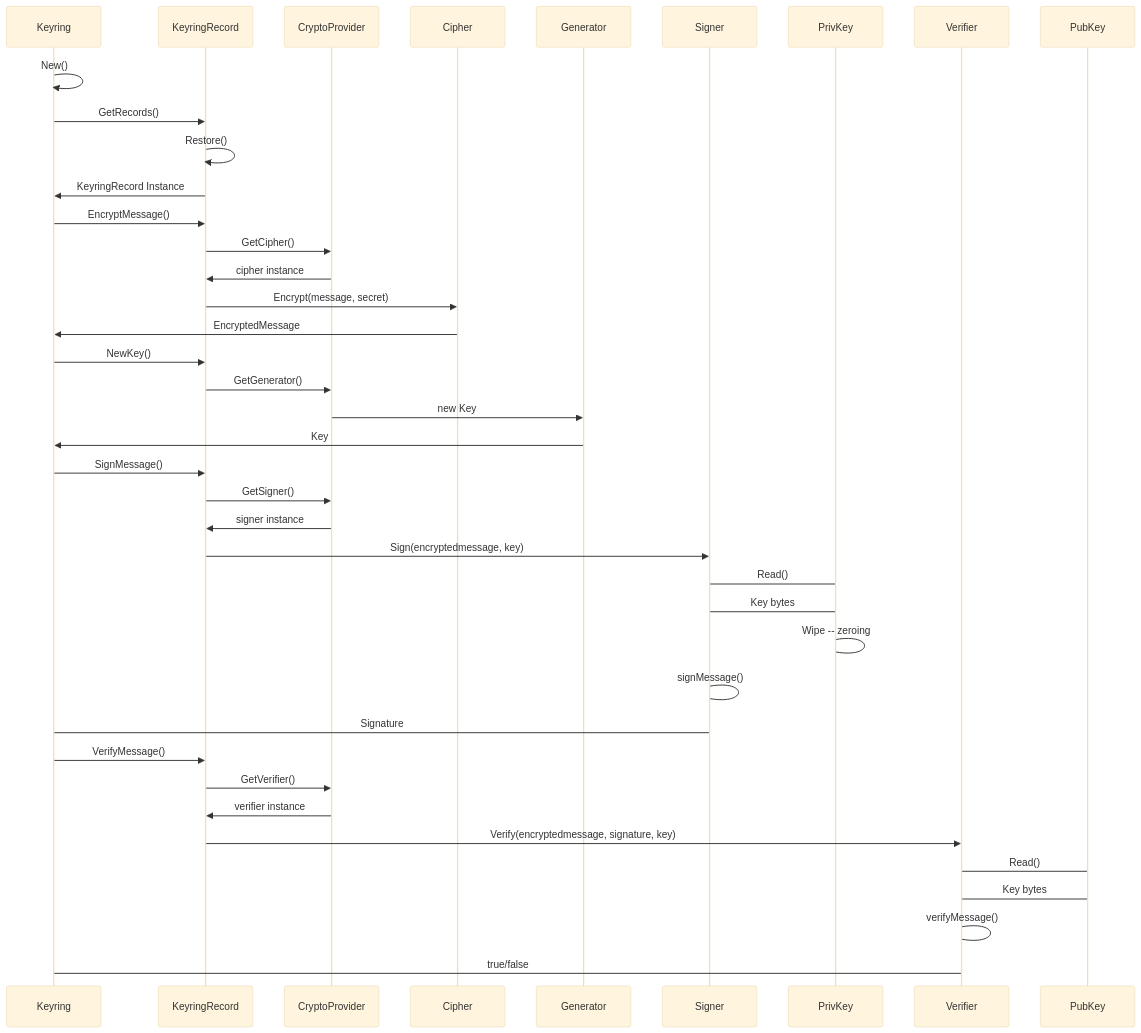
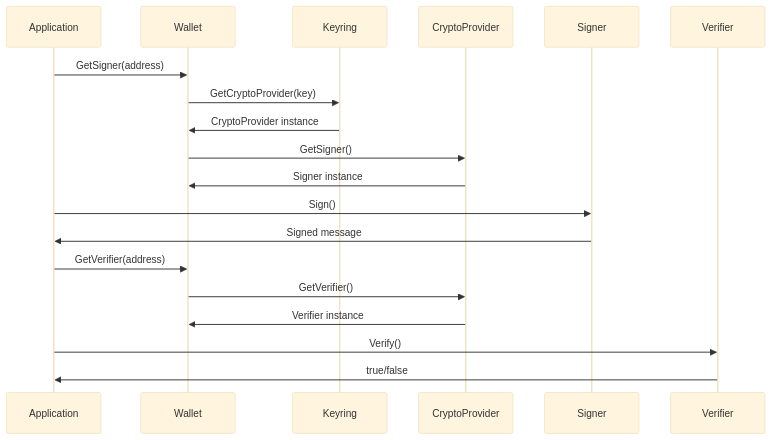
One commit to Zondax/cosmos-sdk changed the sixth of 6 diagrams in crypto/docs/adr.md. Above: the diagram before and after it, drawn with Mermaid (base theme). The commit also changed other lines of this file and 1 other file, not shown here.

````diff
--- a/crypto/docs/adr.md
+++ b/crypto/docs/adr.md
@@ -479,41 +432,22 @@
 ```mermaid
 sequenceDiagram
+    participant Application
+    participant Wallet
     participant Keyring
-    participant KeyringRecord
     participant CryptoProvider
+    participant Signer
+    participant Verifier
 
-    Keyring->>Keyring: New()
-    Keyring->>KeyringRecord: GetRecords()
-    KeyringRecord->>KeyringRecord: Restore()
-    KeyringRecord->>Keyring: KeyringRecord Instance
-
-    Keyring->>KeyringRecord: EncryptMessage()
-    KeyringRecord->>CryptoProvider: GetCipher()
-    CryptoProvider->>KeyringRecord: cipher instance
-    KeyringRecord->>Cipher: Encrypt(message, secret)
-    Cipher->>Keyring: EncryptedMessage
-
-    Keyring->>KeyringRecord: NewKey()
-    KeyringRecord->>CryptoProvider: GetGenerator()
-    CryptoProvider->>Generator: new Key
-    Generator->>Keyring: Key
-
-    Keyring->>KeyringRecord: SignMessage()
-    KeyringRecord->>CryptoProvider: GetSigner()
-    CryptoProvider->>KeyringRecord: signer instance
-    KeyringRecord->>Signer: Sign(encryptedmessage, key)
-    Signer->PrivKey: Read()
-    PrivKey->Signer: Key bytes
-    PrivKey->PrivKey: Wipe -- zeroing
-    Signer->Signer: signMessage()
-    Signer->Keyring: Signature
-
-    Keyring->>KeyringRecord: VerifyMessage()
-    KeyringRecord->>CryptoProvider: GetVerifier()
-    CryptoProvider->>KeyringRecord: verifier instance
-    KeyringRecord->>Verifier: Verify(encryptedmessage, signature, key)
-    Verifier->PubKey: Read()
-    PubKey->Verifier: Key bytes
-    Verifier->Verifier: verifyMessage()
-    Verifier->Keyring: true/false
+    Application->>Wallet: GetSigner(address)
+    Wallet->>Keyring: GetCryptoProvider(key)
+    Keyring->>Wallet: CryptoProvider instance
+    Wallet->>CryptoProvider: GetSigner()
+    CryptoProvider->>Wallet: Signer instance
+    Application->>Signer: Sign()
+    Signer->>Application: Signed message
+    Application->>Wallet: GetVerifier(address)
+    Wallet->>CryptoProvider: GetVerifier()
+    CryptoProvider->>Wallet: Verifier instance
+    Application->>Verifier: Verify()
+    Verifier->>Application: true/false
 ```
````
